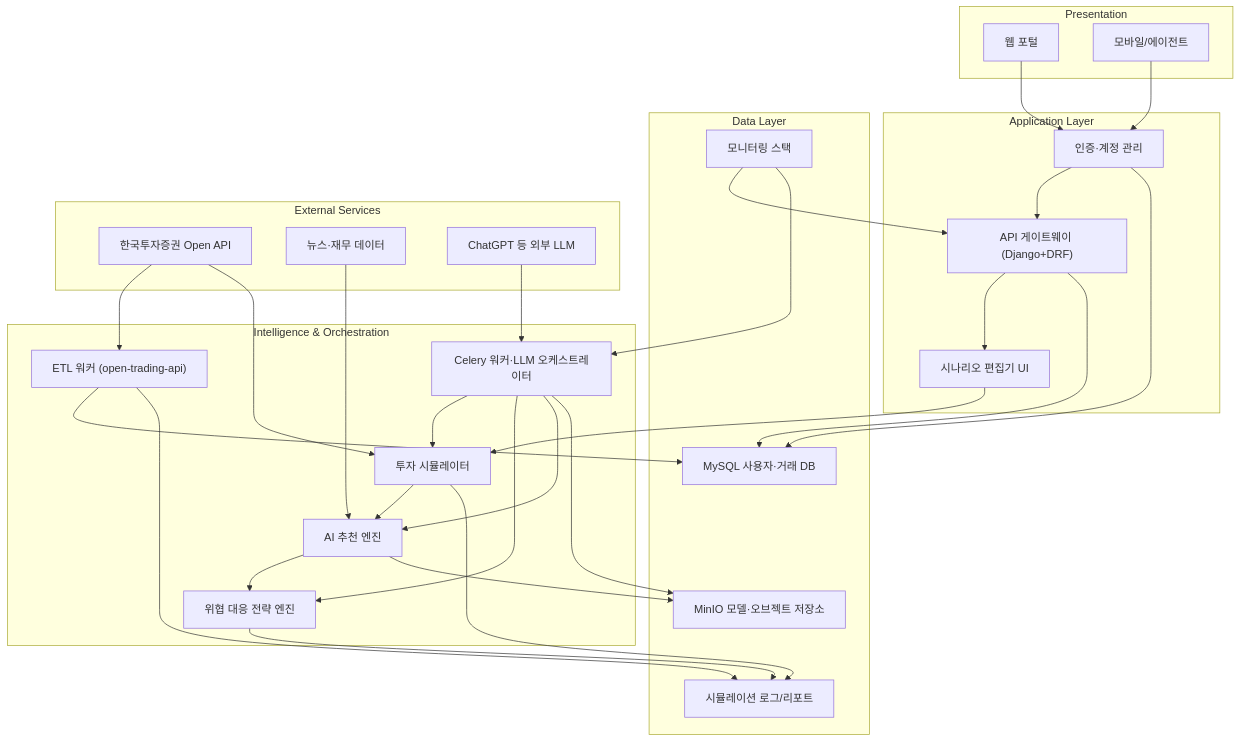
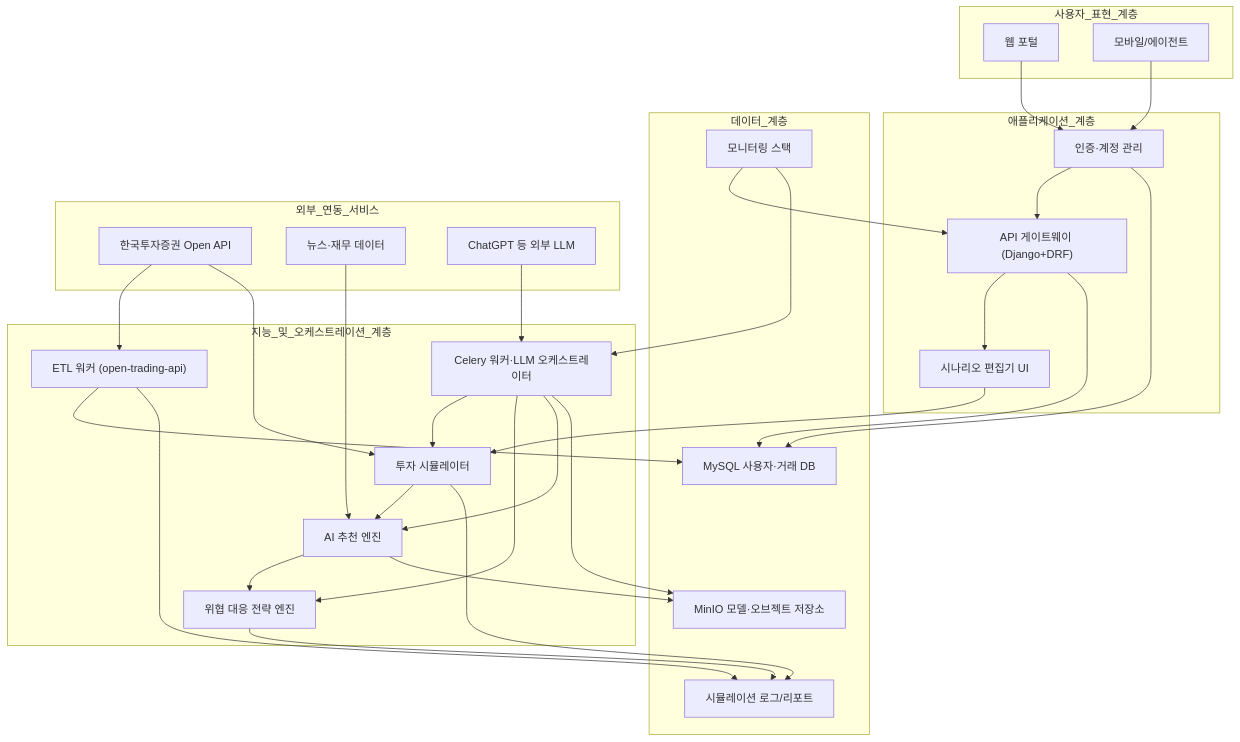
One commit to movingmin/X-AI-Convergence-Capstone-Crew changed the diagram in mdfiles/WhatcanIdo.md. Above: the diagram before and after it, drawn with Mermaid.

Commit message:
WhatcanIdo commit

````diff
--- a/mdfiles/WhatcanIdo.md
+++ b/mdfiles/WhatcanIdo.md
@@ -3,54 +3,54 @@
 ```mermaid
 graph TD
-    subgraph Presentation
+    subgraph 사용자_표현_계층
         A["웹 포털"]
         B["모바일/에이전트"]
     end
-    subgraph Application Layer
+    subgraph 애플리케이션_계층
         C["인증·계정 관리"]
         D["시나리오 편집기 UI"]
         E["API 게이트웨이 (Django+DRF)"]
     end
-    subgraph Intelligence & Orchestration
+    subgraph 지능_및_오케스트레이션_계층
         F["투자 시뮬레이터"]
         G["위협 대응 전략 엔진"]
         H["AI 추천 엔진"]
         I["Celery 워커·LLM 오케스트레이터"]
         J["ETL 워커 (open-trading-api)"]
     end
-    subgraph Data Layer
+    subgraph 데이터_계층
         K["MySQL 사용자·거래 DB"]
         L["시뮬레이션 로그/리포트"]
         M["MinIO 모델·오브젝트 저장소"]
         N["모니터링 스택"]
     end
-    subgraph External Services
+    subgraph 외부_연동_서비스
         O["한국투자증권 Open API"]
         P["뉴스·재무 데이터"]
         Q["ChatGPT 등 외부 LLM"]
     end
     A --> C
     B --> C
     C --> E
     E --> D
     D --> F
     F --> H
     H --> G
     G --> L
     F --> L
     C --> K
     E --> K
     I --> F
     I --> G
     I --> H
     J --> K
     J --> L
     H --> M
     I --> M
     N --> E
     N --> I
     O --> J
     O --> F
     P --> H
     Q --> I
 ```
````
